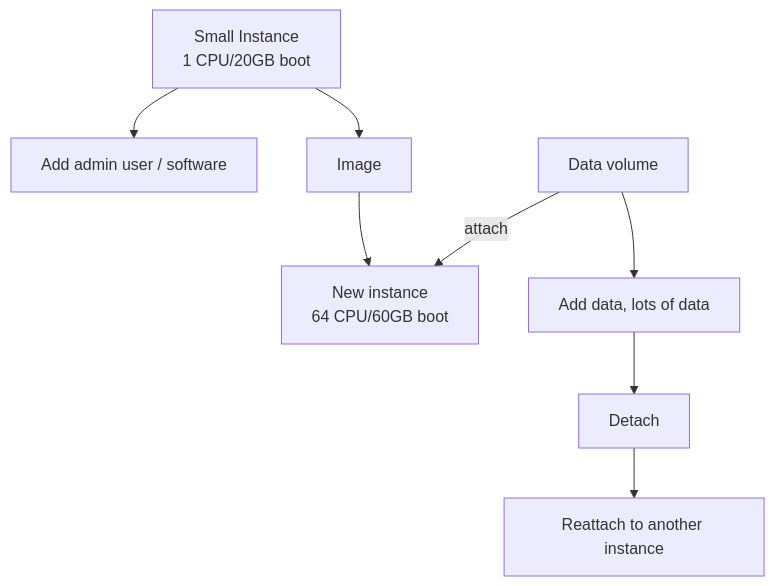
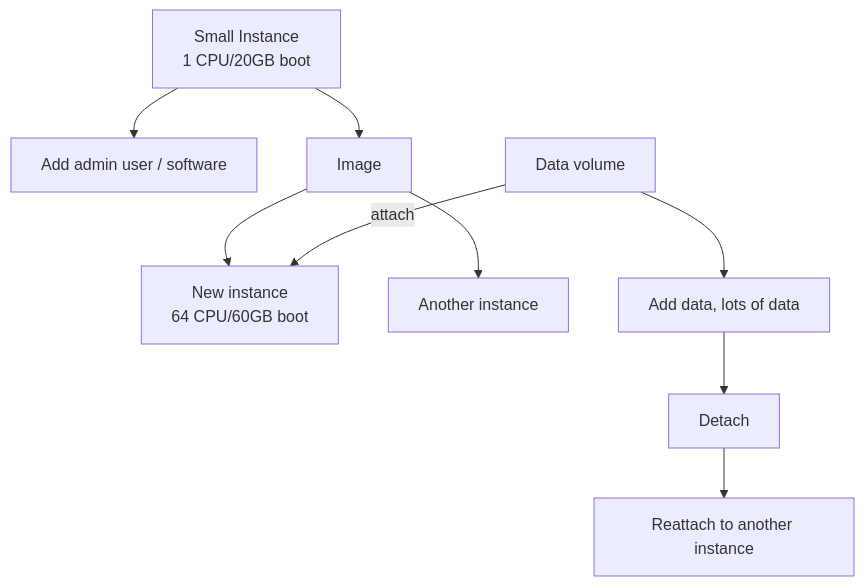
Before and after one commit to AntibodyEngineers/2024-Antibodies-and-AI: the diagram in getting-started.md, drawn with Mermaid. The commit also changed other lines of this file, not shown here.

````diff
--- a/getting-started.md
+++ b/getting-started.md
@@ -7,9 +7,10 @@
 ```mermaid
     flowchart TD
     
     A[Small Instance<br/>1 CPU/20GB boot] --> B[Add admin user / software]
     A-->C[Image] --> D[New instance<br/>64 CPU/60GB boot]
     E[Data volume]
     E -- attach --> D
+    C --> I[Another instance]
     E-->F[Add data, lots of data] --> G[Detach] --> H[Reattach to another instance]
 ```
````
